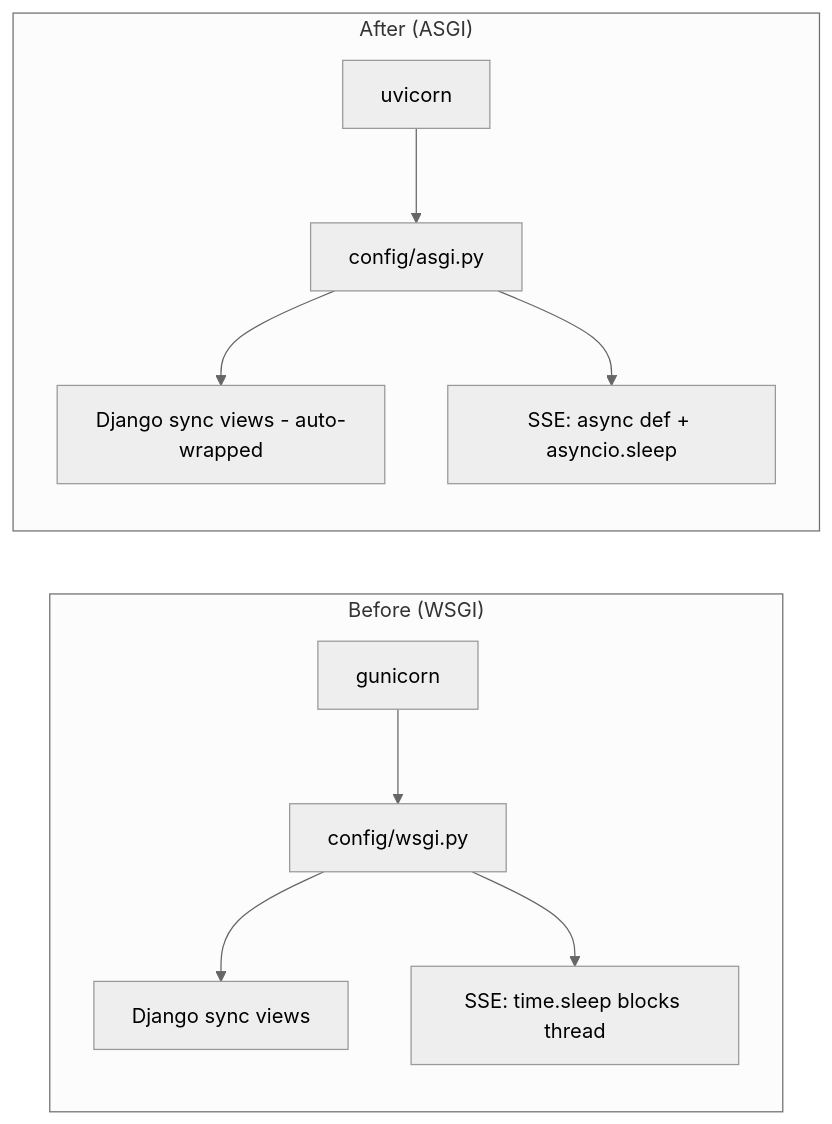
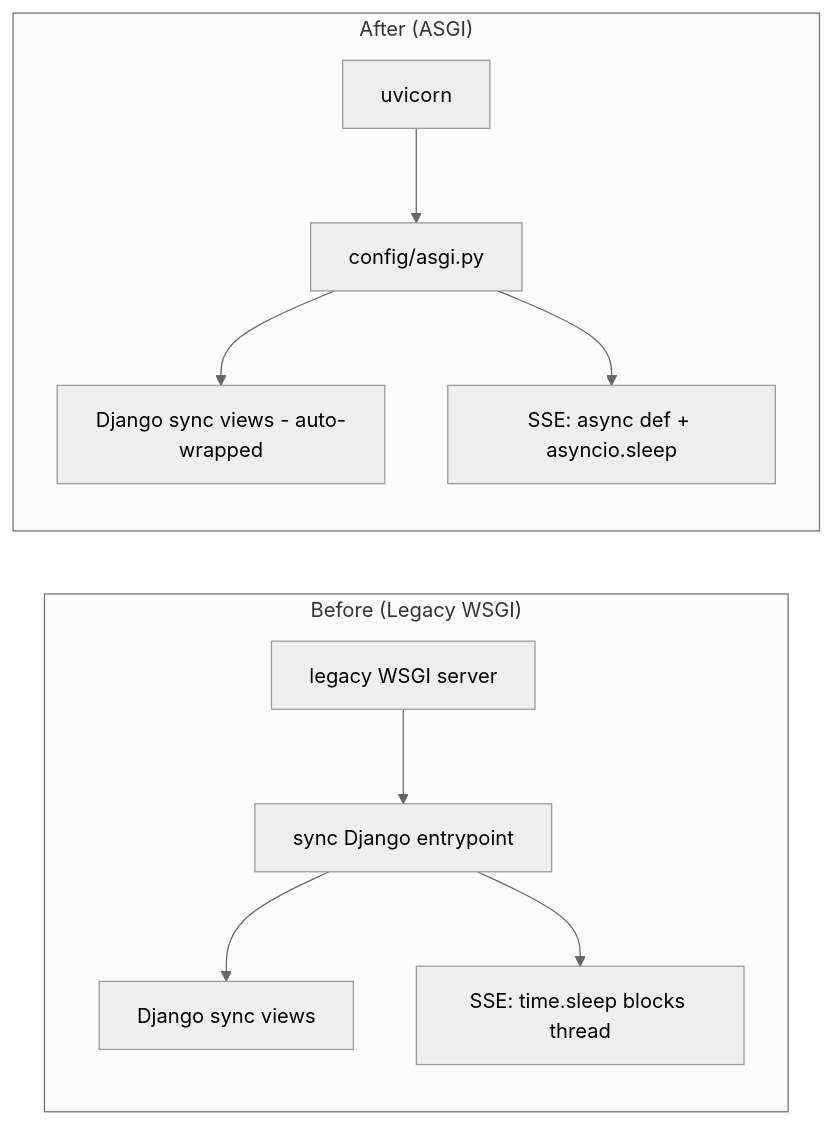
Before and after one commit to cosmasgicter/mihasv3: the second of 3 diagrams in .kiro/specs/monorepo-restructure/design.md, drawn with Mermaid (neutral theme). The commit also changed other lines of this file and 108 other files, not shown here.

````diff
--- a/.kiro/specs/monorepo-restructure/design.md
+++ b/.kiro/specs/monorepo-restructure/design.md
@@ -105,14 +104,14 @@
 ```mermaid
 graph LR
-    subgraph "Before (WSGI)"
-        A1[gunicorn] --> B1[config/wsgi.py]
+    subgraph "Before (Legacy WSGI)"
+        A1[legacy WSGI server] --> B1[sync Django entrypoint]
         B1 --> C1[Django sync views]
         B1 --> D1[SSE: time.sleep blocks thread]
     end
 
     subgraph "After (ASGI)"
         A2[uvicorn] --> B2[config/asgi.py]
         B2 --> C2[Django sync views - auto-wrapped]
         B2 --> D2[SSE: async def + asyncio.sleep]
     end
 ```
````
